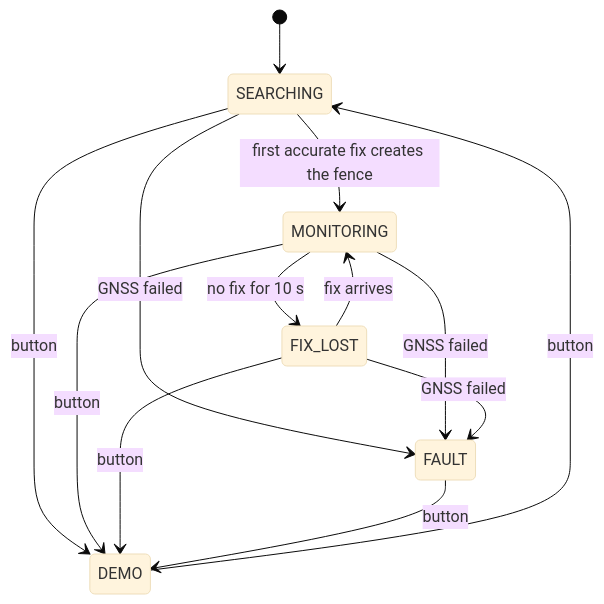
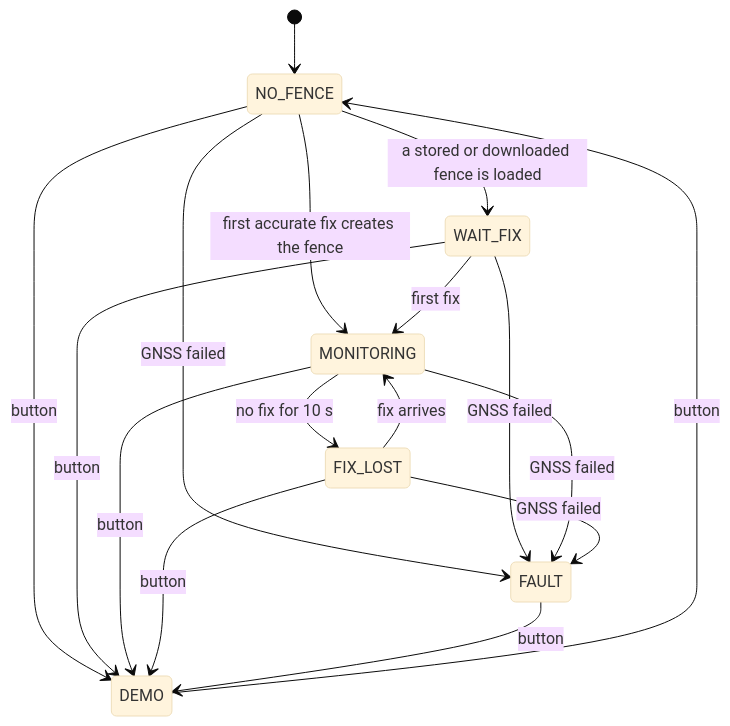
The diagram in README.md (JavierAndresMunozAriza/Proyecto-DR-VF-01), drawn with Mermaid (base theme) before and after one commit. The commit also changed 15 other files, not shown here.

````diff
--- a/README.md
+++ b/README.md
@@ -38,15 +38,19 @@
 ```mermaid
 stateDiagram-v2
-    [*] --> SEARCHING
-    SEARCHING --> MONITORING: first accurate fix creates the fence
+    [*] --> NO_FENCE
+    NO_FENCE --> MONITORING: first accurate fix creates the fence
+    NO_FENCE --> WAIT_FIX: a stored or downloaded fence is loaded
+    WAIT_FIX --> MONITORING: first fix
     MONITORING --> FIX_LOST: no fix for 10 s
     FIX_LOST --> MONITORING: fix arrives
-    SEARCHING --> FAULT: GNSS failed
+    NO_FENCE --> FAULT: GNSS failed
+    WAIT_FIX --> FAULT: GNSS failed
     MONITORING --> FAULT: GNSS failed
     FIX_LOST --> FAULT: GNSS failed
-    SEARCHING --> DEMO: button
+    NO_FENCE --> DEMO: button
+    WAIT_FIX --> DEMO: button
     MONITORING --> DEMO: button
     FIX_LOST --> DEMO: button
     FAULT --> DEMO: button
-    DEMO --> SEARCHING: button
+    DEMO --> NO_FENCE: button
 ```
````
